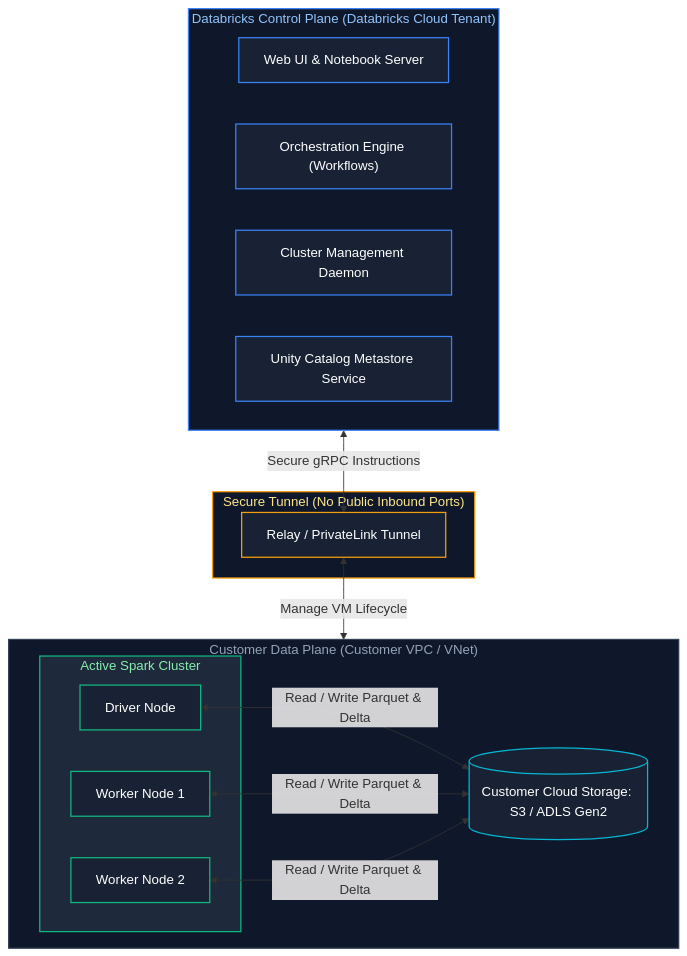
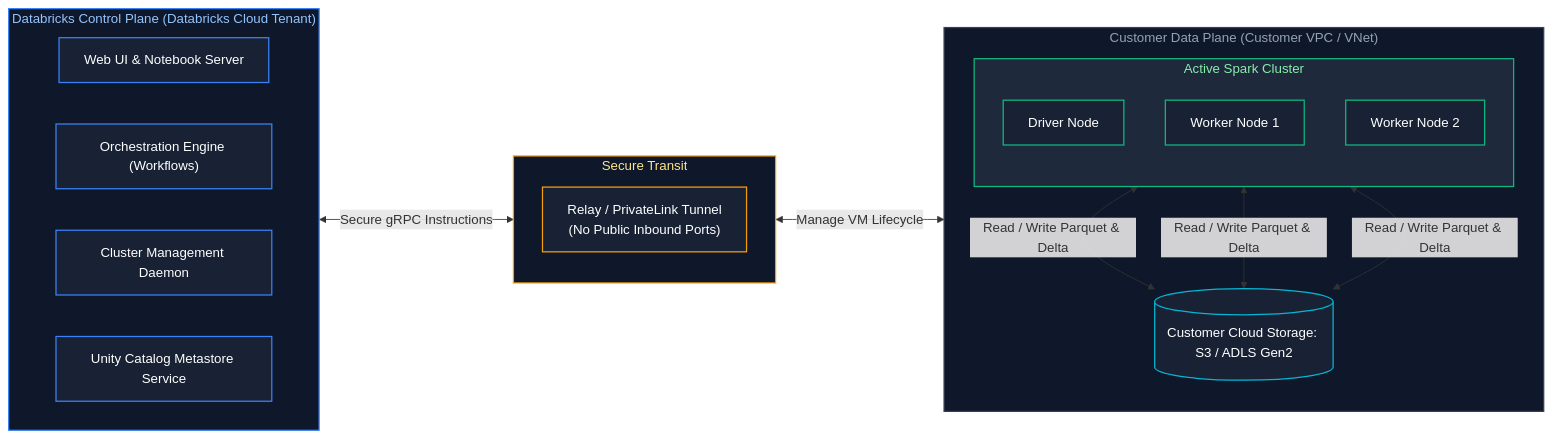
One commit to joydeep-biswas/Interview-Preparation changed the second of 17 diagrams in Data Engineering/09_databricks_and_delta_lake.md. Above: the diagram before and after it, drawn with Mermaid. The commit also changed other lines of this file and 76 other files, not shown here.

Commit message:
Updated Charts

````diff
--- a/Data Engineering/09_databricks_and_delta_lake.md
+++ b/Data Engineering/09_databricks_and_delta_lake.md
@@ -158,41 +161,45 @@
 ```mermaid
-flowchart TD
+flowchart LR
     subgraph ControlPlane ["Databricks Control Plane (Databricks Cloud Tenant)"]
+        direction LR
         UI["Web UI & Notebook Server"]
         WorkflowEng["Orchestration Engine (Workflows)"]
         ClusterCoord["Cluster Management Daemon"]
         UCMeta["Unity Catalog Metastore Service"]
     end
 
-    subgraph SecureNetwork ["Secure Tunnel (No Public Inbound Ports)"]
-        Tunnel["Relay / PrivateLink Tunnel"]
+    subgraph SecureNetwork ["Secure Transit"]
+        direction TB
+        Tunnel["Relay / PrivateLink Tunnel<br/>(No Public Inbound Ports)"]
     end
 
     subgraph CustomerDataPlane ["Customer Data Plane (Customer VPC / VNet)"]
+        direction TB
         subgraph Cluster1 ["Active Spark Cluster"]
+            direction TB
             DriverVM["Driver Node"]
             WorkerVM1["Worker Node 1"]
             WorkerVM2["Worker Node 2"]
         end
         Storage[(Customer Cloud Storage: S3 / ADLS Gen2)]
         DriverVM & WorkerVM1 & WorkerVM2 <-->|Read / Write Parquet & Delta| Storage
     end
 
     ControlPlane <-->|Secure gRPC Instructions| Tunnel
     Tunnel <-->|Manage VM Lifecycle| CustomerDataPlane
 
     style ControlPlane fill:#0f172a,stroke:#3b82f6,stroke-width:1.5px,color:#93c5fd
     style SecureNetwork fill:#0f172a,stroke:#f59e0b,stroke-width:1.5px,color:#fde68a
     style CustomerDataPlane fill:#0f172a,stroke:#334155,stroke-width:1.5px,color:#94a3b8
     style Cluster1 fill:#1e293b,stroke:#10b981,stroke-width:1.5px,color:#86efac
 
     style UI fill:#182234,stroke:#3b82f6,stroke-width:1.5px,color:#fff
     style WorkflowEng fill:#182234,stroke:#3b82f6,stroke-width:1.5px,color:#fff
     style ClusterCoord fill:#182234,stroke:#3b82f6,stroke-width:1.5px,color:#fff
     style UCMeta fill:#182234,stroke:#3b82f6,stroke-width:1.5px,color:#fff
     style Tunnel fill:#182234,stroke:#f59e0b,stroke-width:1.5px,color:#fff
     style DriverVM fill:#182234,stroke:#10b981,stroke-width:1.5px,color:#fff
     style WorkerVM1 fill:#182234,stroke:#10b981,stroke-width:1.5px,color:#fff
     style WorkerVM2 fill:#182234,stroke:#10b981,stroke-width:1.5px,color:#fff
     style Storage fill:#182234,stroke:#06b6d4,stroke-width:1.5px,color:#fff
 ```
````
